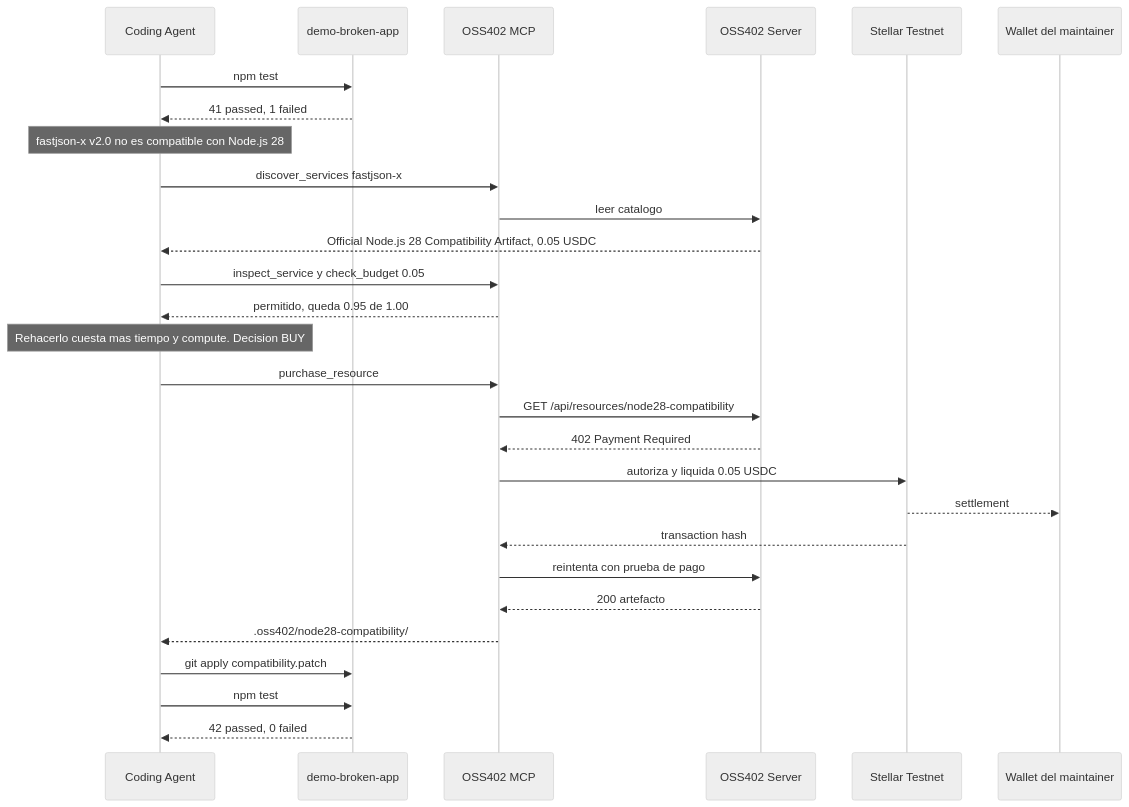
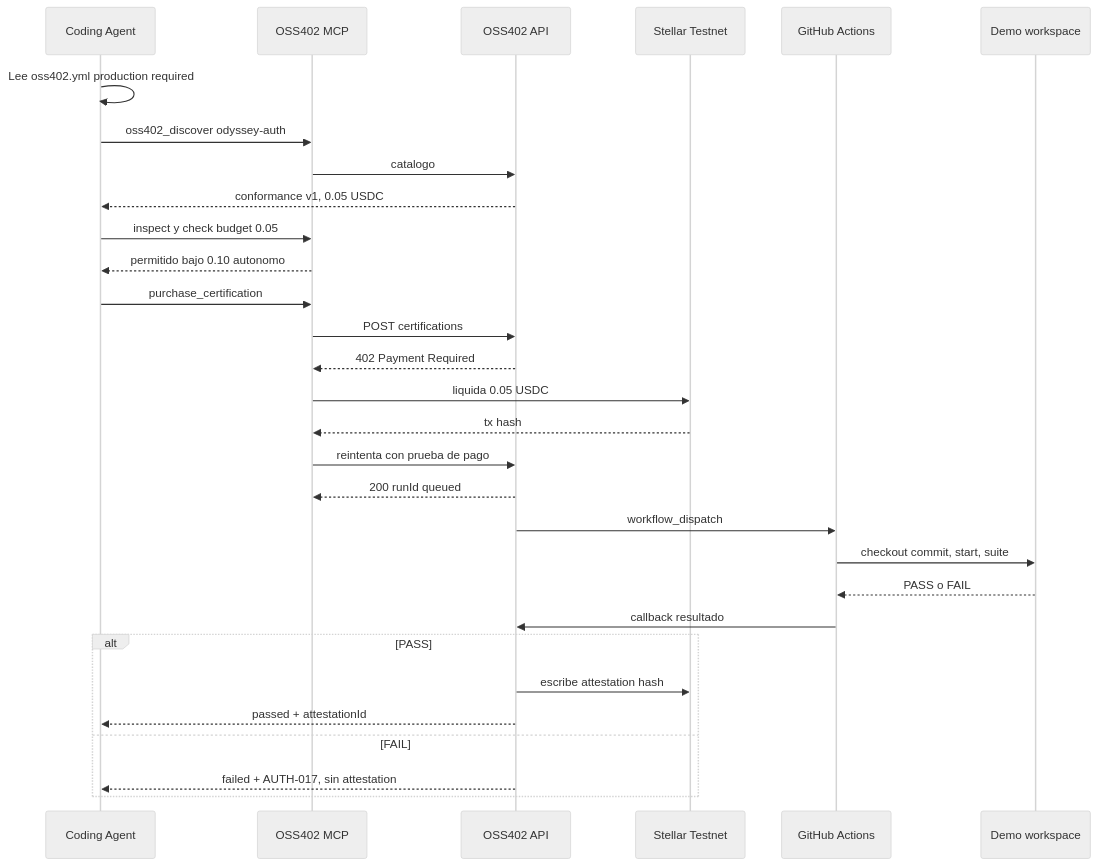
One commit to hallzyx/oss402 changed the third of 5 diagrams in docs/esquema.md. Above: the diagram before and after it, drawn with Mermaid (neutral theme). The commit also changed other lines of this file and 2 other files, not shown here.

First line of the commit message:
docs: adopt official conformance certification PRD

````diff
--- a/docs/esquema.md
+++ b/docs/esquema.md
@@ -83,31 +84,33 @@
 ```mermaid
 sequenceDiagram
   participant Agent as Coding Agent
-  participant App as demo-broken-app
   participant MCP as OSS402 MCP
-  participant API as OSS402 Server
+  participant API as OSS402 API
   participant Chain as Stellar Testnet
-  participant Wallet as Wallet del maintainer
+  participant GHA as GitHub Actions
+  participant App as Demo workspace
 
-  Agent->>App: npm test
-  App-->>Agent: 41 passed, 1 failed
-  Note over Agent: fastjson-x v2.0 no es compatible con Node.js 28
-  Agent->>MCP: discover_services fastjson-x
-  MCP->>API: leer catalogo
-  API-->>Agent: Official Node.js 28 Compatibility Artifact, 0.05 USDC
-  Agent->>MCP: inspect_service y check_budget 0.05
-  MCP-->>Agent: permitido, queda 0.95 de 1.00
-  Note over Agent: Rehacerlo cuesta mas tiempo y compute. Decision BUY
-  Agent->>MCP: purchase_resource
-  MCP->>API: GET /api/resources/node28-compatibility
+  Agent->>Agent: Lee oss402.yml production required
+  Agent->>MCP: oss402_discover odyssey-auth
+  MCP->>API: catalogo
+  API-->>Agent: conformance v1, 0.05 USDC
+  Agent->>MCP: inspect y check budget 0.05
+  MCP-->>Agent: permitido bajo 0.10 autonomo
+  Agent->>MCP: purchase_certification
+  MCP->>API: POST certifications
   API-->>MCP: 402 Payment Required
-  MCP->>Chain: autoriza y liquida 0.05 USDC
-  Chain-->>Wallet: settlement
-  Chain-->>MCP: transaction hash
+  MCP->>Chain: liquida 0.05 USDC
+  Chain-->>MCP: tx hash
   MCP->>API: reintenta con prueba de pago
-  API-->>MCP: 200 artefacto
-  MCP-->>Agent: .oss402/node28-compatibility/
-  Agent->>App: git apply compatibility.patch
-  Agent->>App: npm test
-  App-->>Agent: 42 passed, 0 failed
+  API-->>MCP: 200 runId queued
+  API->>GHA: workflow_dispatch
+  GHA->>App: checkout commit, start, suite
+  App-->>GHA: PASS o FAIL
+  GHA->>API: callback resultado
+  alt PASS
+    API->>Chain: escribe attestation hash
+    API-->>Agent: passed + attestationId
+  else FAIL
+    API-->>Agent: failed + AUTH-017, sin attestation
+  end
 ```
````
